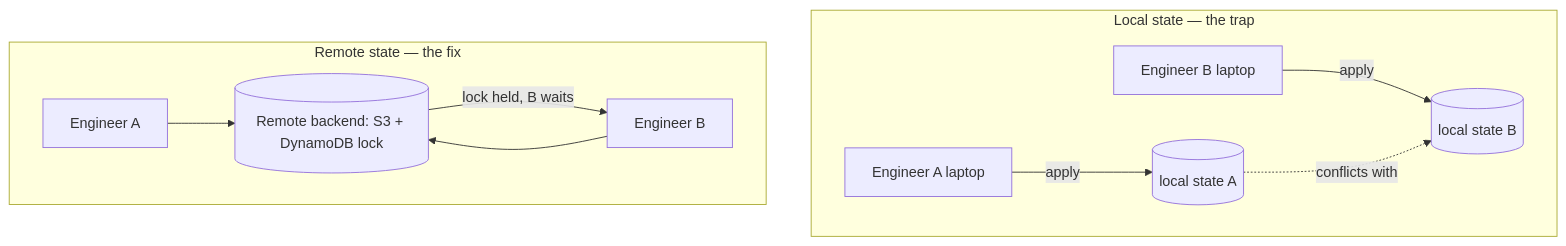
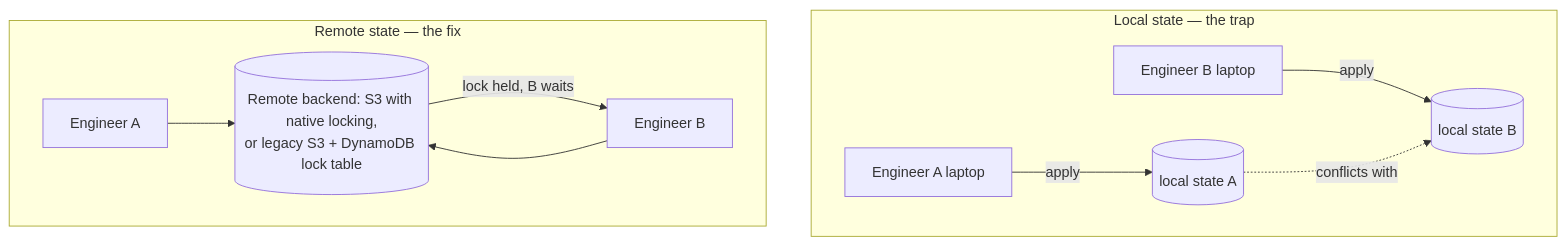
One commit to sanketn26/interview-prep changed the second of 2 diagrams in docs/cloud/terraform.md. Above: the diagram before and after it, drawn with Mermaid. The commit also changed other lines of this file and 42 other files, not shown here.

````diff
--- a/docs/cloud/terraform.md
+++ b/docs/cloud/terraform.md
@@ -51,13 +51,13 @@
 ```mermaid
 flowchart TB
     subgraph Wrong["Local state — the trap"]
         E1[Engineer A laptop] -->|apply| S1[(local state A)]
         E2[Engineer B laptop] -->|apply| S2[(local state B)]
         S1 -.conflicts with.-> S2
     end
     subgraph Right["Remote state — the fix"]
-        E3[Engineer A] --> RS[(Remote backend: S3 + DynamoDB lock)]
+        E3[Engineer A] --> RS[(Remote backend: S3 with native locking,<br/>or legacy S3 + DynamoDB lock table)]
         E4[Engineer B] --> RS
         RS -->|lock held, B waits| E4
     end
 ```
````
